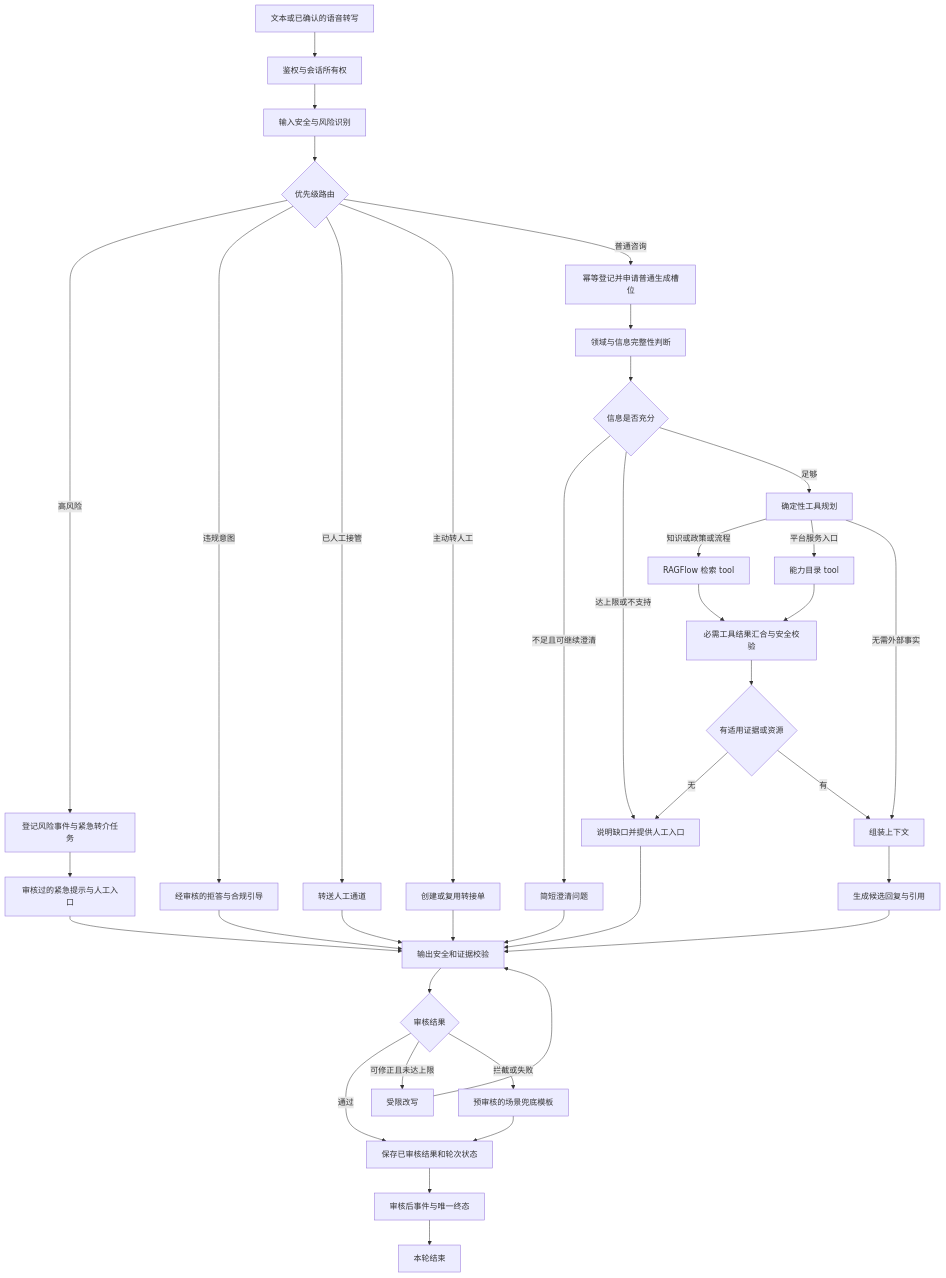
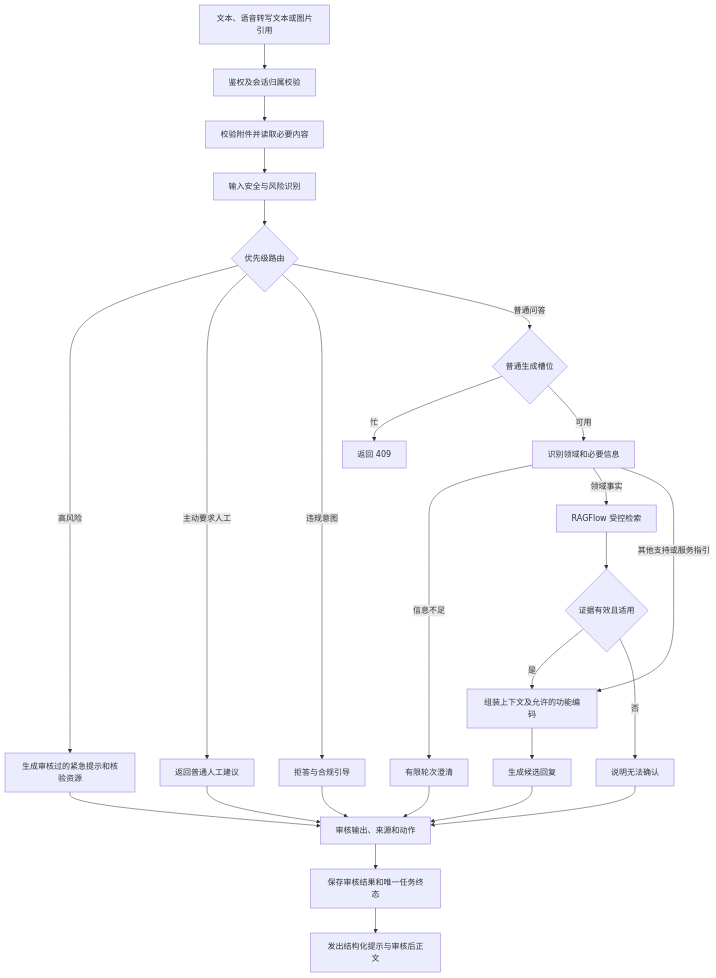
The diagram in docs/workflow.md (SongHY-13/fastapi-langgraph-agent-production-ready-template), drawn with Mermaid before and after one commit. The commit also changed other lines of this file and 45 other files, not shown here.

````diff
--- a/docs/workflow.md
+++ b/docs/workflow.md
@@ -9,41 +9,28 @@
 ```mermaid
 flowchart TD
-    IN[文本或已确认的语音转写] --> AUTH[鉴权与会话所有权]
-    AUTH --> SAFETY[输入安全与风险识别]
-    SAFETY --> ROUTE{优先级路由}
-    ROUTE -->|高风险| RISK[登记风险事件与紧急转介任务]
-    ROUTE -->|违规意图| REFUSE[经审核的拒答与合规引导]
-    ROUTE -->|已人工接管| HUMAN[转送人工通道]
-    ROUTE -->|主动转人工| HANDOFF[创建或复用转接单]
-    ROUTE -->|普通咨询| ACCEPT[幂等登记并申请普通生成槽位]
-    ACCEPT --> INTENT[领域与信息完整性判断]
-    INTENT --> CLEAR{信息是否充分}
-    CLEAR -->|不足且可继续澄清| CLARIFY[简短澄清问题]
-    CLEAR -->|达上限或不支持| FALLBACK[说明缺口并提供人工入口]
-    CLEAR -->|足够| PLAN[确定性工具规划]
-    PLAN -->|知识或政策或流程| RAG[RAGFlow 检索 tool]
-    PLAN -->|平台服务入口| CATALOG[能力目录 tool]
-    PLAN -->|无需外部事实| CONTEXT[组装上下文]
-    RAG --> JOIN[必需工具结果汇合与安全校验]
-    CATALOG --> JOIN
-    JOIN --> EVIDENCE{有适用证据或资源}
-    EVIDENCE -->|无| FALLBACK
-    EVIDENCE -->|有| CONTEXT
-    CONTEXT --> GENERATE[生成候选回复与引用]
-    GENERATE --> GUARD[输出安全和证据校验]
-    RISK --> CRISIS[审核过的紧急提示与人工入口]
-    CRISIS --> GUARD
+    IN[文本、语音转写文本或图片引用] --> AUTH[鉴权及会话归属校验]
+    AUTH --> INPUT[校验附件并读取必要内容]
+    INPUT --> SAFETY[输入安全与风险识别]
+    SAFETY --> R{优先级路由}
+    R -->|高风险| RISK[生成审核过的紧急提示和核验资源]
+    R -->|主动要求人工| SUGGEST[返回普通人工建议]
+    R -->|违规意图| REFUSE[拒答与合规引导]
+    R -->|普通问答| SLOT{普通生成槽位}
+    SLOT -->|忙| BUSY[返回 409]
+    SLOT -->|可用| INTENT[识别领域和必要信息]
+    INTENT -->|信息不足| CLARIFY[有限轮次澄清]
+    INTENT -->|领域事实| RAG[RAGFlow 受控检索]
+    INTENT -->|其他支持或服务指引| CONTEXT[组装上下文及允许的功能编码]
+    RAG --> EVIDENCE{证据有效且适用}
+    EVIDENCE -->|是| CONTEXT
+    EVIDENCE -->|否| FALLBACK[说明无法确认]
+    CONTEXT --> DRAFT[生成候选回复]
+    DRAFT --> GUARD[审核输出、来源和动作]
+    RISK --> GUARD
+    SUGGEST --> GUARD
     REFUSE --> GUARD
-    HUMAN --> GUARD
-    HANDOFF --> GUARD
     CLARIFY --> GUARD
     FALLBACK --> GUARD
-    GUARD --> CHECK{审核结果}
-    CHECK -->|通过| FINALIZE[保存已审核结果和轮次状态]
-    CHECK -->|可修正且未达上限| REWRITE[受限改写]
-    REWRITE --> GUARD
-    CHECK -->|拦截或失败| TEMPLATE[预审核的场景兜底模板]
-    TEMPLATE --> FINALIZE
-    FINALIZE --> EMIT[审核后事件与唯一终态]
-    EMIT --> END[本轮结束]
+    GUARD --> FINAL[保存审核结果和唯一任务终态]
+    FINAL --> STREAM[发出结构化提示与审核后正文]
 ```
````
